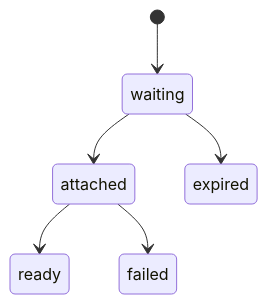
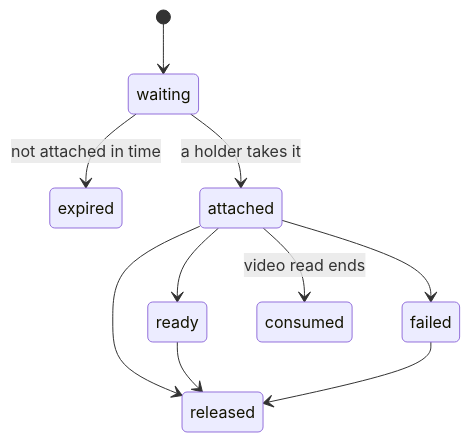
One commit to shopnexus/docs changed the diagram in web/src/content/docs/en/architecture/media.mdx. Above: the diagram before and after it, drawn with Mermaid. The commit also changed other lines of this file and 45 other files, not shown here.

Commit message:
Architecture flows move into the docs site; AGENTS.md rewritten

````diff
--- a/web/src/content/docs/en/architecture/media.mdx
+++ b/web/src/content/docs/en/architecture/media.mdx
@@ -22,8 +27,12 @@
 ```mermaid title="Upload status"
 stateDiagram-v2
   [*] --> waiting
-  waiting --> attached
-  waiting --> expired
+  waiting --> expired: not attached in time
+  waiting --> attached: a holder takes it
   attached --> ready
   attached --> failed
+  attached --> consumed: video read ends
+  attached --> released
+  ready --> released
+  failed --> released
 ```
````
